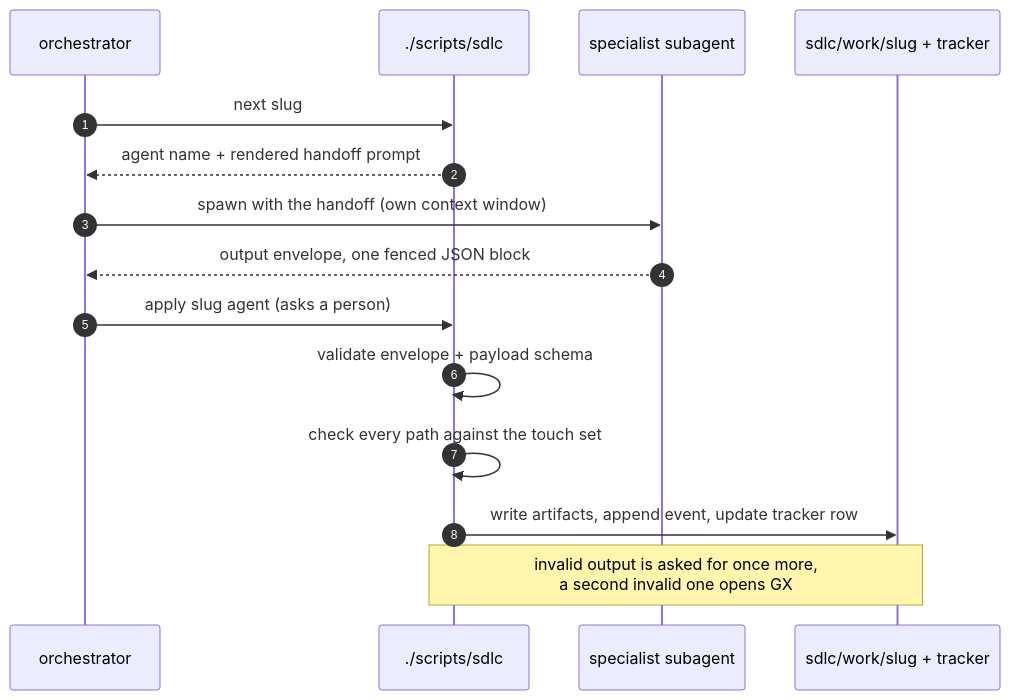
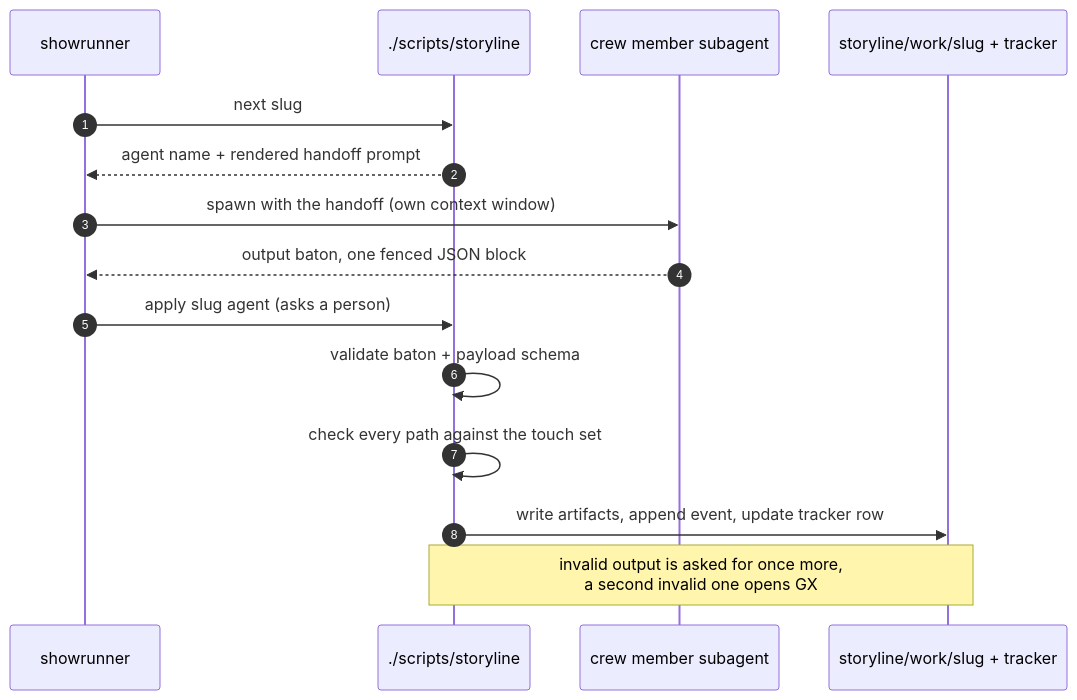
The seventh of 11 diagrams in docs/study-guides/00-visual-tour.md (ad-ipp-tines/Agentic-Story-Factory-Starter-Kit), drawn with Mermaid before and after one commit. The commit also changed other lines of this file and 385 other files, not shown here.

````diff
--- a/docs/study-guides/00-visual-tour.md
+++ b/docs/study-guides/00-visual-tour.md
@@ -189,17 +189,17 @@
 ```mermaid
 sequenceDiagram
     autonumber
-    participant ORC as orchestrator
-    participant S as ./scripts/sdlc
-    participant SP as specialist subagent
-    participant FS as sdlc/work/slug + tracker
+    participant ORC as showrunner
+    participant S as ./scripts/storyline
+    participant SP as crew member subagent
+    participant FS as storyline/work/slug + tracker
     ORC->>S: next slug
     S-->>ORC: agent name + rendered handoff prompt
     ORC->>SP: spawn with the handoff (own context window)
-    SP-->>ORC: output envelope, one fenced JSON block
+    SP-->>ORC: output baton, one fenced JSON block
     ORC->>S: apply slug agent (asks a person)
-    S->>S: validate envelope + payload schema
+    S->>S: validate baton + payload schema
     S->>S: check every path against the touch set
     S->>FS: write artifacts, append event, update tracker row
     Note over S,FS: invalid output is asked for once more,<br/>a second invalid one opens GX
 ```
````
